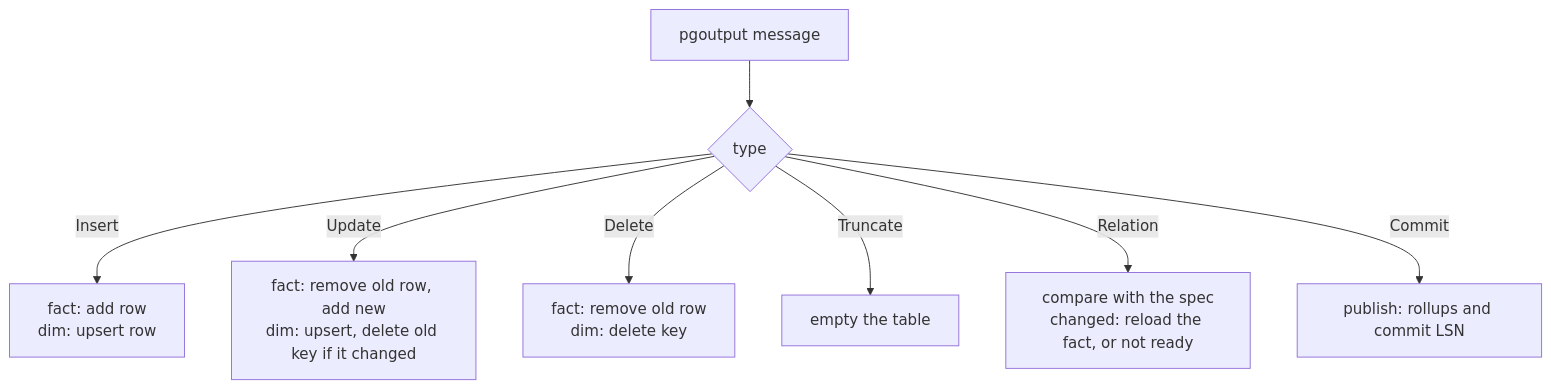
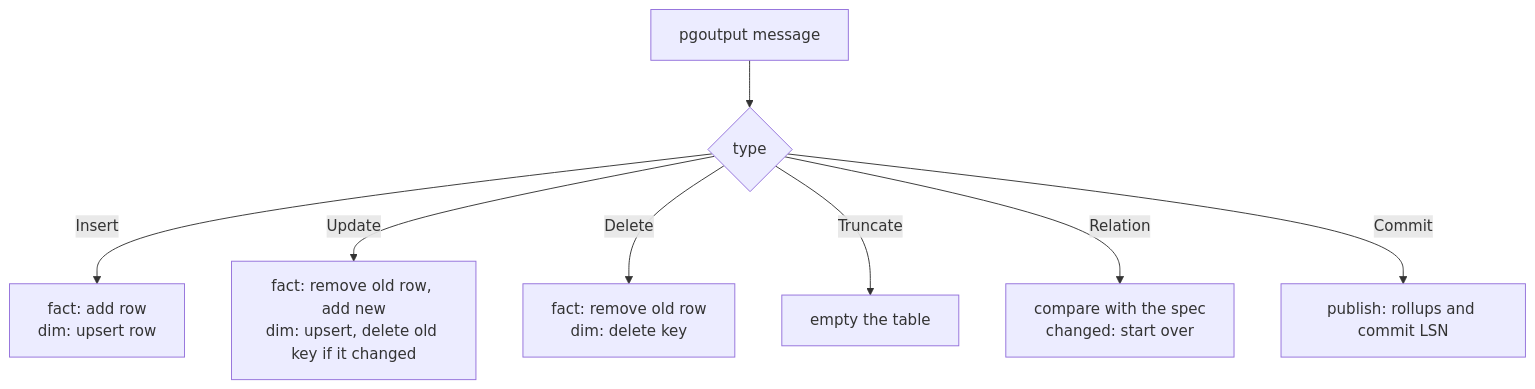
The third of 5 diagrams in research/ARCHITECTURE.md (janbjorge/straum), drawn with Mermaid before and after one commit. The commit also changed other lines of this file and 27 other files, not shown here.

````diff
--- a/research/ARCHITECTURE.md
+++ b/research/ARCHITECTURE.md
@@ -269,10 +257,10 @@
 ```mermaid
 flowchart TD
   m["pgoutput message"] --> k{"type"}
   k -->|Insert| i["fact: add row<br/>dim: upsert row"]
   k -->|Update| u["fact: remove old row, add new<br/>dim: upsert, delete old key if it changed"]
   k -->|Delete| d["fact: remove old row<br/>dim: delete key"]
   k -->|Truncate| t["empty the table"]
-  k -->|Relation| r["compare with the spec<br/>changed: reload the fact, or not ready"]
+  k -->|Relation| r["compare with the spec<br/>changed: start over"]
   k -->|Commit| c["publish: rollups and commit LSN"]
 ```
````
